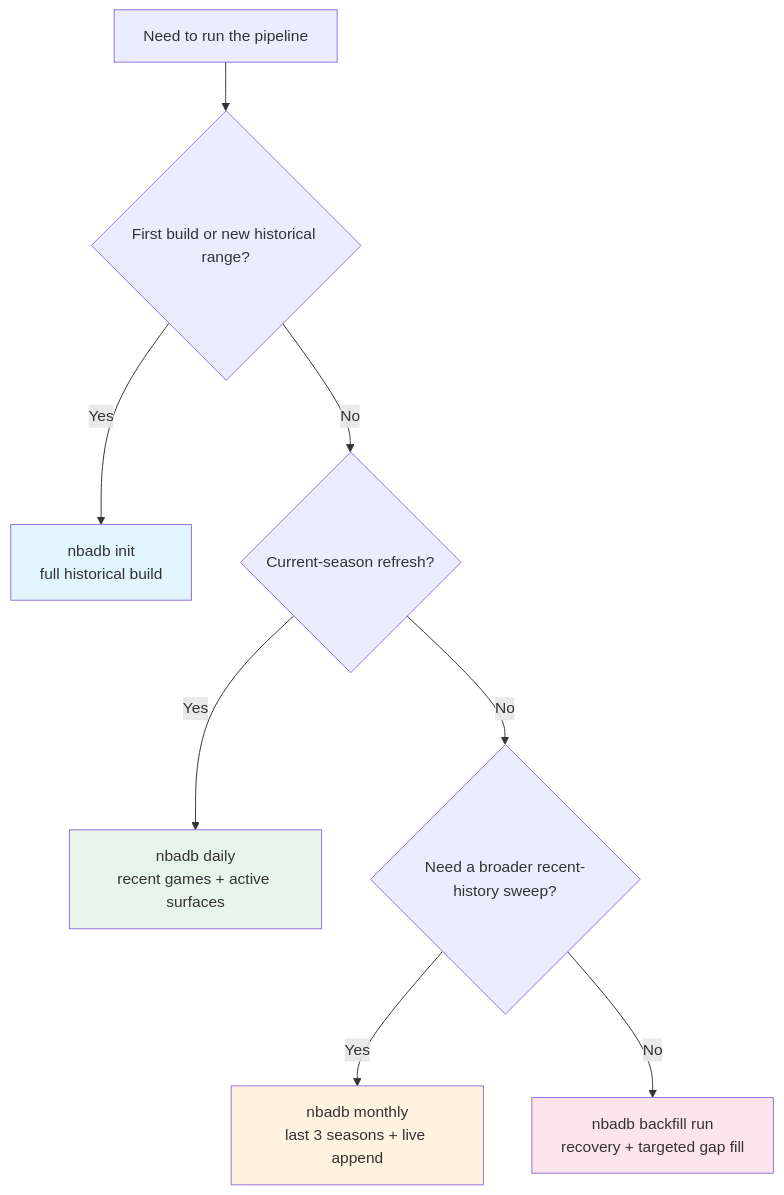
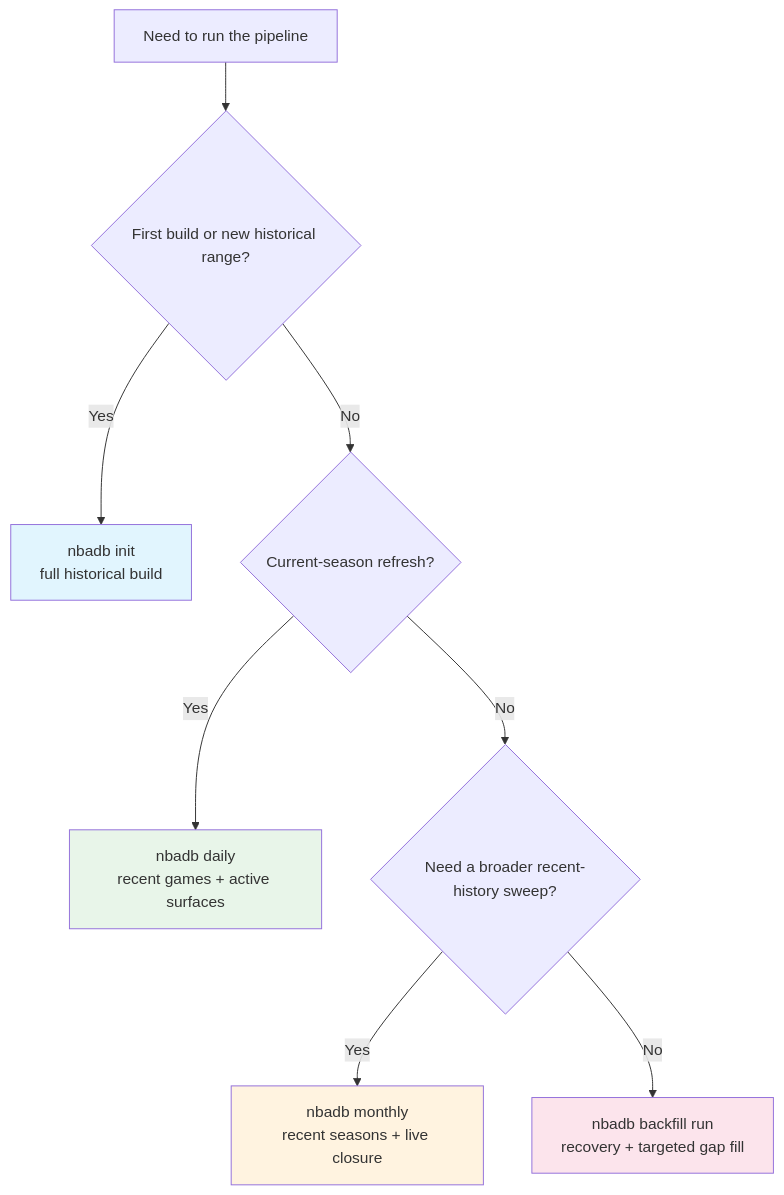
One commit to wyattowalsh/nbadb changed the second of 2 diagrams in docs/content/docs/architecture.mdx. Above: the diagram before and after it, drawn with Mermaid. The commit also changed other lines of this file and 80 other files, not shown here.

````diff
--- a/docs/content/docs/architecture.mdx
+++ b/docs/content/docs/architecture.mdx
@@ -142,15 +225,15 @@
 ```mermaid
 flowchart TD
   START["Need to run the pipeline"] --> HIST{"First build or new historical range?"}
   HIST -- Yes --> INIT["nbadb init\nfull historical build"]
   HIST -- No --> CURRENT{"Current-season refresh?"}
   CURRENT -- Yes --> DAILY["nbadb daily\nrecent games + active surfaces"]
   CURRENT -- No --> RECENT{"Need a broader recent-history sweep?"}
-  RECENT -- Yes --> MONTHLY["nbadb monthly\nlast 3 seasons + live append"]
+  RECENT -- Yes --> MONTHLY["nbadb monthly\nrecent seasons + live closure"]
   RECENT -- No --> GAP["nbadb backfill run\nrecovery + targeted gap fill"]
 
   style INIT fill:#e1f5fe
   style DAILY fill:#e8f5e9
   style MONTHLY fill:#fff3e0
   style GAP fill:#fce4ec
 ```
````
